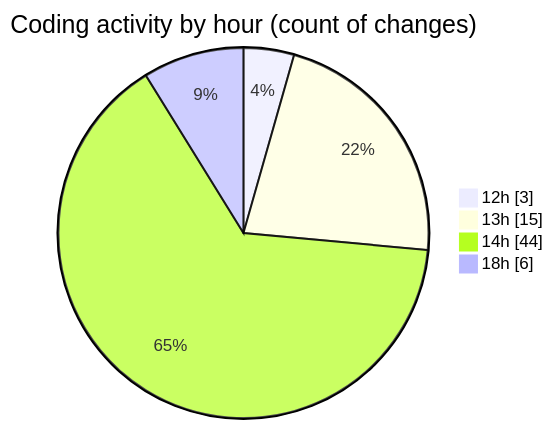
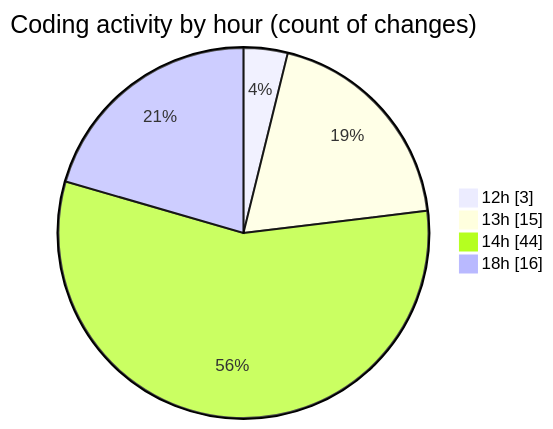
One commit to momahboobian/code-tracking changed the second of 2 diagrams in 2026-02-26/car_database/README.md. Above: the diagram before and after it, drawn with Mermaid. The commit also changed other lines of this file and 1 other file, not shown here.

````diff
--- a/2026-02-26/car_database/README.md
+++ b/2026-02-26/car_database/README.md
@@ -57,8 +57,8 @@
 ```mermaid
 pie showData
 title Coding activity by hour (count of changes)
 "12h" : 3
 "13h" : 15
 "14h" : 44
-"18h" : 6
+"18h" : 16
 ```
````
